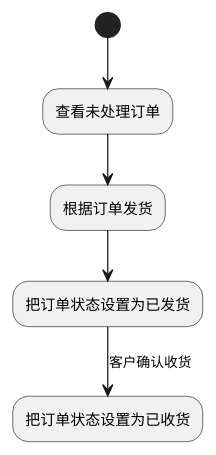
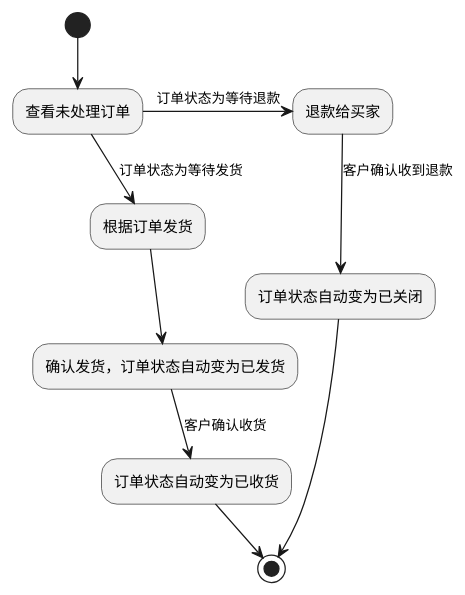
The diagram in src/document/picture/活动图 - 卖家处理订单.puml (wangrongjun/2018-04-06_HandsomeShop), drawn with PlantUML before and after one commit. The commit also changed 10 other files, not shown here.

```diff
--- a/src/document/picture/活动图 - 卖家处理订单.puml
+++ b/src/document/picture/活动图 - 卖家处理订单.puml
@@ -1,8 +1,13 @@
 @startuml
 
 (*) --> 查看未处理订单
---> 根据订单发货
---> 把订单状态设置为已发货
---> [客户确认收货] 把订单状态设置为已收货
+--> [订单状态为等待发货] 根据订单发货
+--> "确认发货，订单状态自动变为已发货"
+--> [客户确认收货] 订单状态自动变为已收货
+--> (*)
+
+查看未处理订单 -right-> [订单状态为等待退款] 退款给买家
+--> [客户确认收到退款] 订单状态自动变为已关闭
+--> (*)
 
 @enduml
```
